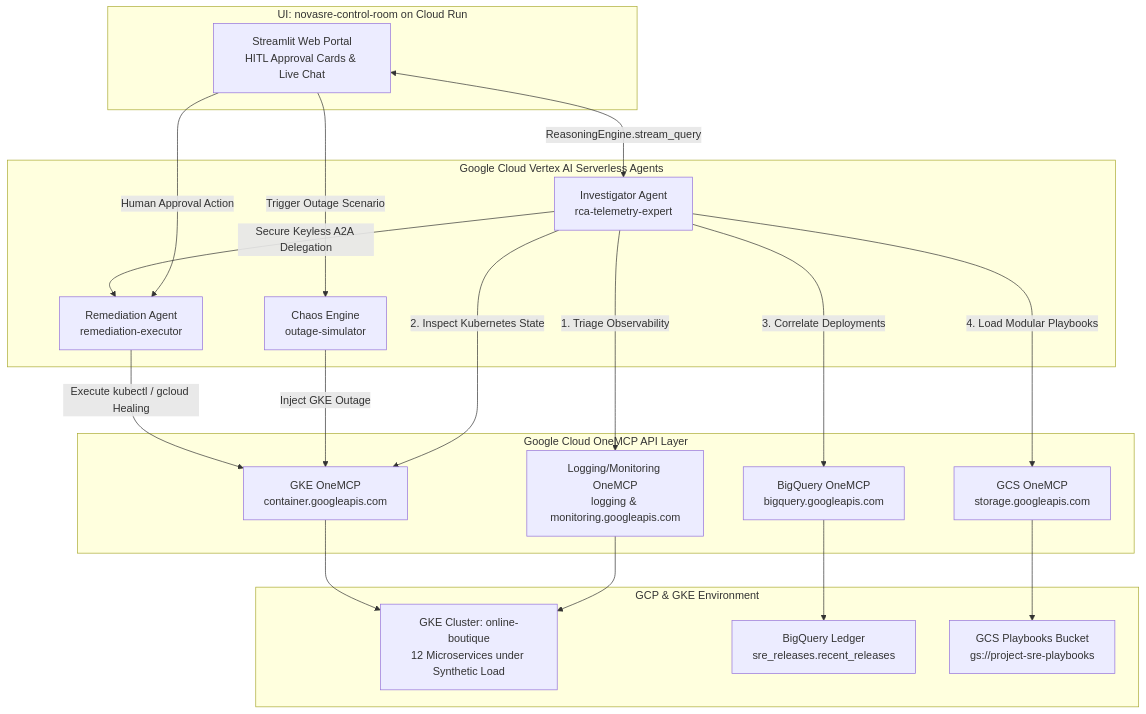
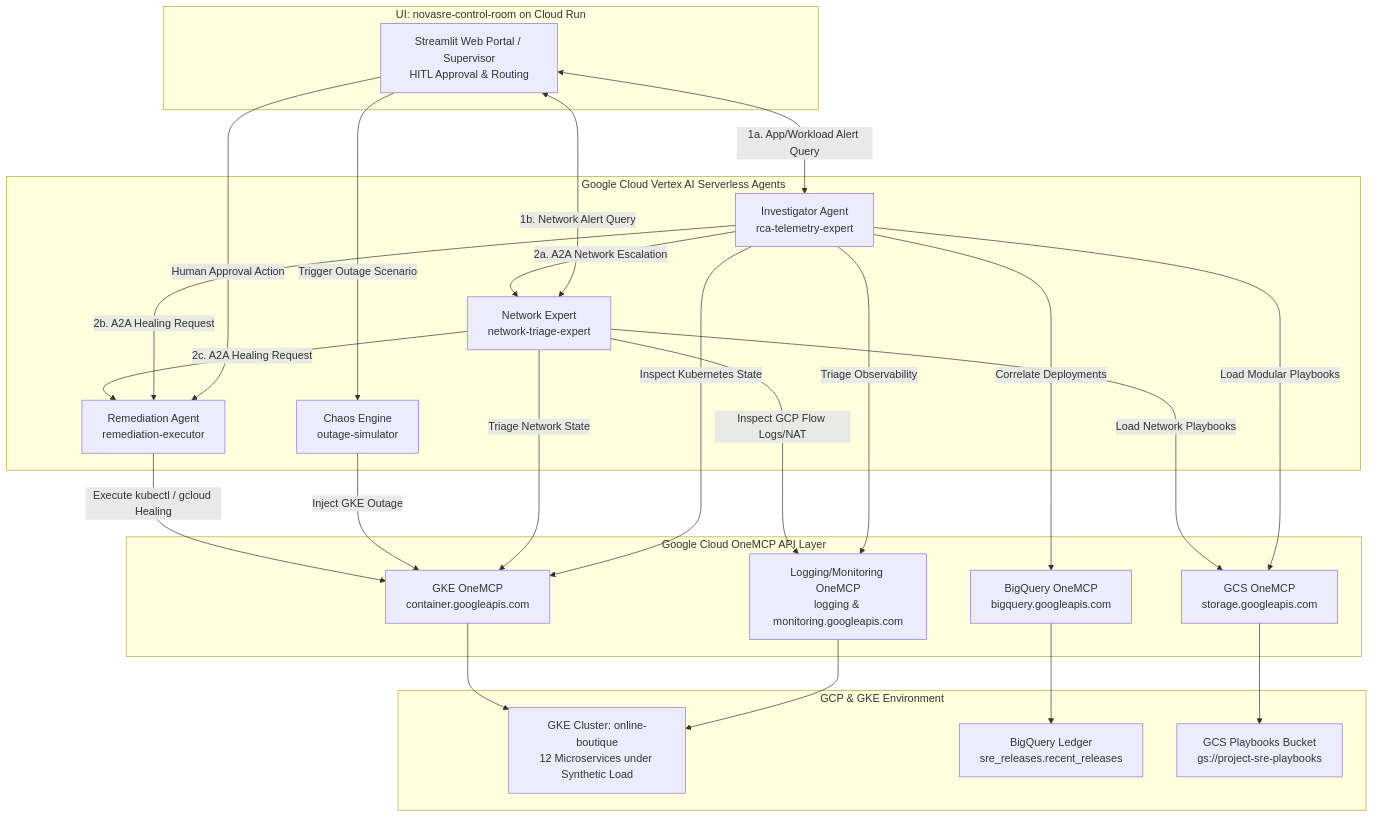
One commit to siri2421/sre-agent changed the diagram in README.md. Above: the diagram before and after it, drawn with Mermaid. The commit also changed other lines of this file and 38 other files, not shown here.

````diff
--- a/README.md
+++ b/README.md
@@ -15,47 +15,55 @@
 ```mermaid
 graph TD
     subgraph SRE Control Room [UI: novasre-control-room on Cloud Run]
-        UI[Streamlit Web Portal<br/>HITL Approval Cards & Live Chat]
+        UI[Streamlit Web Portal / Supervisor<br/>HITL Approval & Routing]
     end
 
     subgraph Vertex AI Reasoning Engines [Google Cloud Vertex AI Serverless Agents]
         InvAgent[Investigator Agent<br/>rca-telemetry-expert]
+        NetAgent[Network Expert<br/>network-triage-expert]
         RemAgent[Remediation Agent<br/>remediation-executor]
         SimAgent[Chaos Engine<br/>outage-simulator]
     end
 
     subgraph Universal OneMCP Gateway [Google Cloud OneMCP API Layer]
         GCS_MCP[GCS OneMCP<br/>storage.googleapis.com]
         BQ_MCP[BigQuery OneMCP<br/>bigquery.googleapis.com]
         GKE_MCP[GKE OneMCP<br/>container.googleapis.com]
         LOG_MCP[Logging/Monitoring OneMCP<br/>logging & monitoring.googleapis.com]
     end
 
     subgraph Production Infrastructure [GCP & GKE Environment]
         GKE[GKE Cluster: online-boutique<br/>12 Microservices under Synthetic Load]
         BQ[BigQuery Ledger<br/>sre_releases.recent_releases]
         GCS[GCS Playbooks Bucket<br/>gs://project-sre-playbooks]
     end
 
     %% UI & Agent Interactions
-    UI <-->|ReasoningEngine.stream_query| InvAgent
+    UI <-->|1a. App/Workload Alert Query| InvAgent
+    UI <-->|1b. Network Alert Query| NetAgent
     UI -->|Trigger Outage Scenario| SimAgent
     UI -->|Human Approval Action| RemAgent
 
-    %% A2A Gateway
-    InvAgent -->|Secure Keyless A2A Delegation| RemAgent
+    %% A2A Escalation and Delegation
+    InvAgent -->|2a. A2A Network Escalation| NetAgent
+    InvAgent -->|2b. A2A Healing Request| RemAgent
+    NetAgent -->|2c. A2A Healing Request| RemAgent
 
     %% OneMCP Connections
-    InvAgent -->|1. Triage Observability| LOG_MCP
-    InvAgent -->|2. Inspect Kubernetes State| GKE_MCP
-    InvAgent -->|3. Correlate Deployments| BQ_MCP
-    InvAgent -->|4. Load Modular Playbooks| GCS_MCP
+    InvAgent -->|Triage Observability| LOG_MCP
+    InvAgent -->|Inspect Kubernetes State| GKE_MCP
+    InvAgent -->|Correlate Deployments| BQ_MCP
+    InvAgent -->|Load Modular Playbooks| GCS_MCP
+    
+    NetAgent -->|Triage Network State| GKE_MCP
+    NetAgent -->|Inspect GCP Flow Logs/NAT| LOG_MCP
+    NetAgent -->|Load Network Playbooks| GCS_MCP
     
     SimAgent -->|Inject GKE Outage| GKE_MCP
     RemAgent -->|Execute kubectl / gcloud Healing| GKE_MCP
 
     LOG_MCP --> GKE
     GKE_MCP --> GKE
     BQ_MCP --> BQ
     GCS_MCP --> GCS
 ```
````
